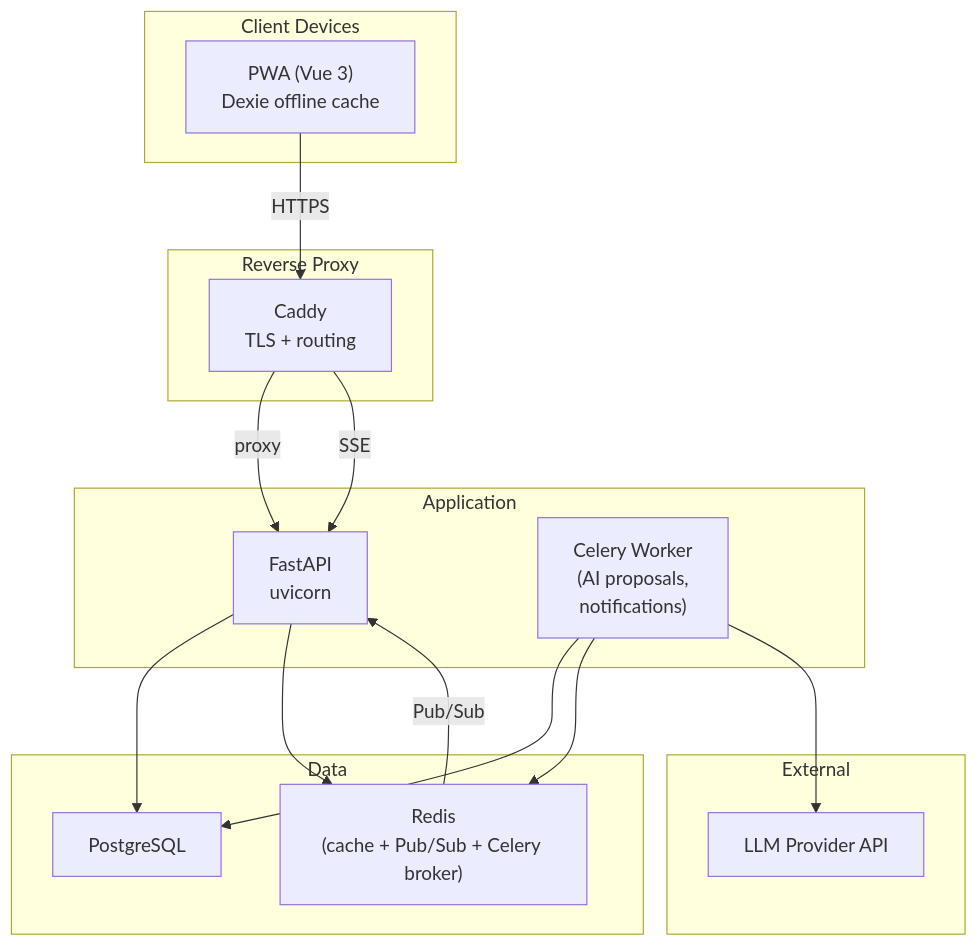
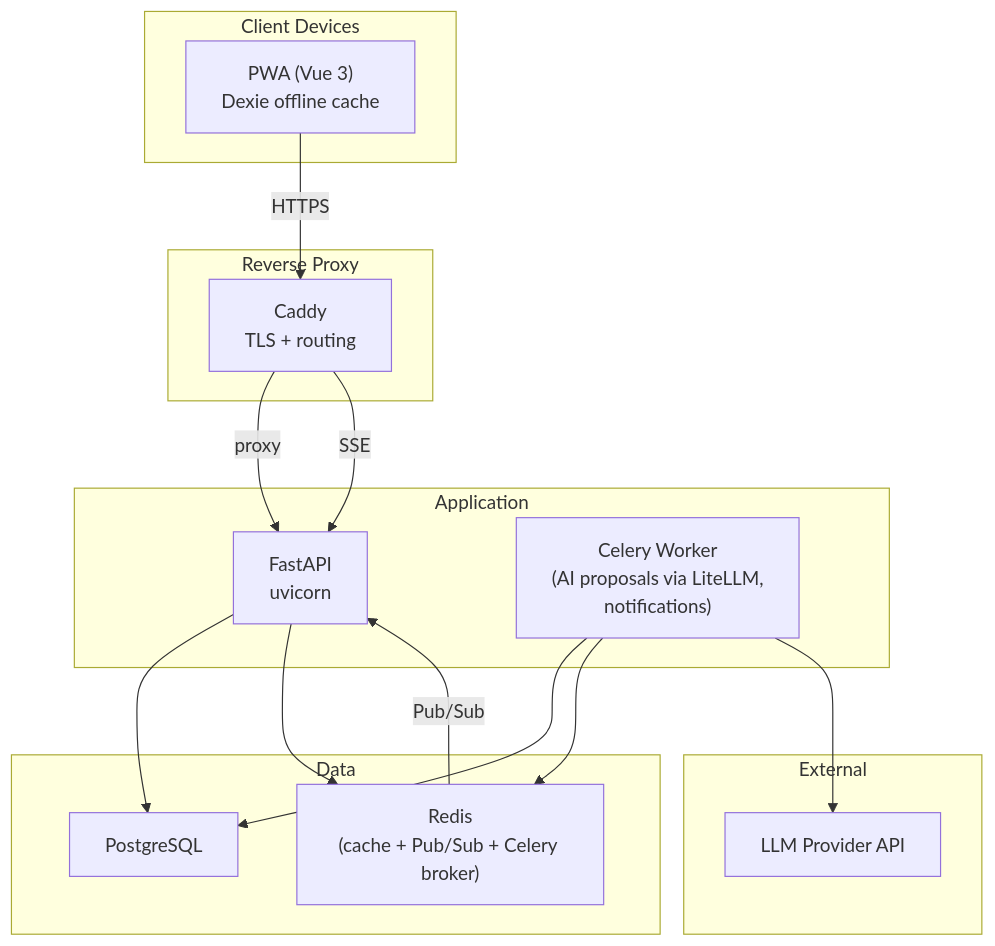
The fifth of 5 diagrams in _bmad-output/planning-artifacts/architecture/ARCHITECTURE-SPINE.md (a2mus/smart-da3m), drawn with Mermaid before and after one commit. The commit also changed other lines of this file and 1 other file, not shown here.

First line of the commit message:
docs(spec,architecture): resolve 5 open questions — OQ-2, OQ-7, OQ-Arch-1/2/3

````diff
--- a/_bmad-output/planning-artifacts/architecture/ARCHITECTURE-SPINE.md
+++ b/_bmad-output/planning-artifacts/architecture/ARCHITECTURE-SPINE.md
@@ -274,34 +277,34 @@
 ```mermaid
 graph TB
     subgraph "Client Devices"
         PWA["PWA (Vue 3)<br/>Dexie offline cache"]
     end
 
     subgraph "Reverse Proxy"
         CADDY["Caddy<br/>TLS + routing"]
     end
 
     subgraph "Application"
         API_SRV["FastAPI<br/>uvicorn"]
-        WORKER["Celery Worker<br/>(AI proposals,<br/>notifications)"]
+        WORKER["Celery Worker<br/>(AI proposals via LiteLLM,<br/>notifications)"]
     end
 
     subgraph "Data"
         PG["PostgreSQL"]
         REDIS["Redis<br/>(cache + Pub/Sub + Celery broker)"]
     end
 
     subgraph "External"
         LLM_API["LLM Provider API"]
     end
 
     PWA -->|HTTPS| CADDY
     CADDY -->|proxy| API_SRV
     CADDY -->|SSE| API_SRV
     API_SRV --> PG
     API_SRV --> REDIS
     WORKER --> PG
     WORKER --> REDIS
     WORKER --> LLM_API
     REDIS -->|Pub/Sub| API_SRV
 ```
````
